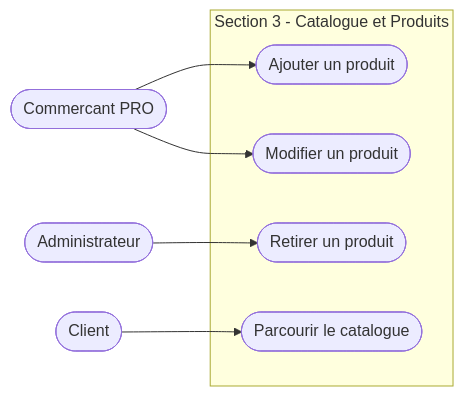
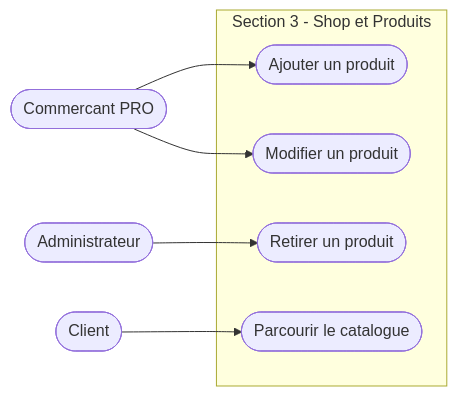
Before and after one commit to Abderrahmen1111/private-PFE-repos: the eighth of 34 diagrams in SEQUENCE_DIAGRAMS_WORD_FORMAT_OPTIMIZED.md, drawn with Mermaid. The commit also changed other lines of this file and 2 other files, not shown here.

Commit message:
docs: adapt sequence diagrams to Web/Mobile apps and Django SaaS Admin

````diff
--- a/SEQUENCE_DIAGRAMS_WORD_FORMAT_OPTIMIZED.md
+++ b/SEQUENCE_DIAGRAMS_WORD_FORMAT_OPTIMIZED.md
@@ -275,17 +273,17 @@
 ```mermaid
 flowchart LR
     C(["Client"])
     P(["Commercant PRO"])
     A(["Administrateur"])
 
-    subgraph S3 ["Section 3 - Catalogue et Produits"]
+    subgraph S3 ["Section 3 - Shop et Produits"]
         UC1(["Ajouter un produit"])
         UC2(["Modifier un produit"])
         UC3(["Retirer un produit"])
         UC4(["Parcourir le catalogue"])
     end
 
     P --> UC1 & UC2
     A --> UC3
     C --> UC4
 ```
````
